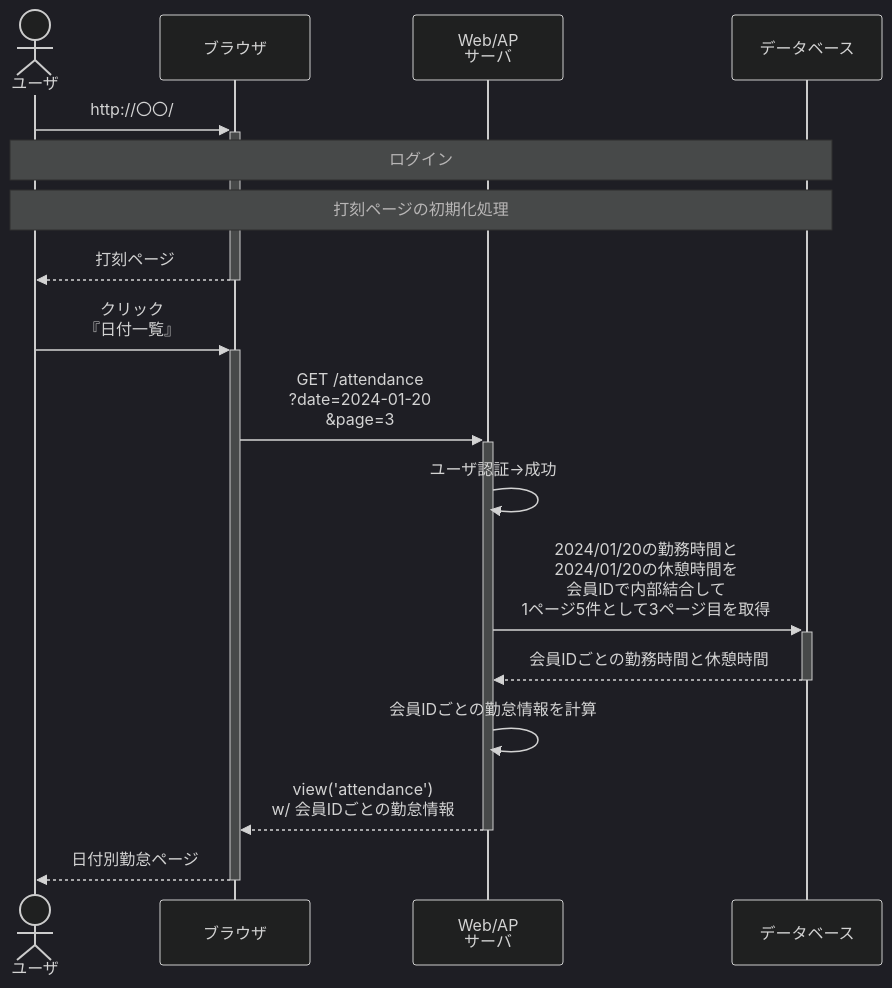
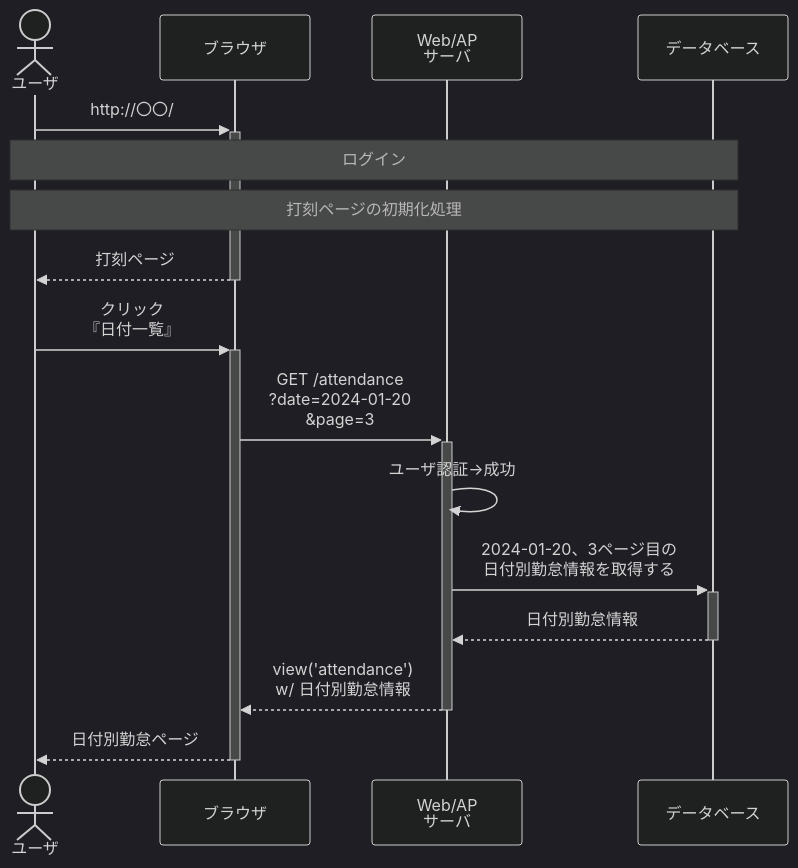
The second of 2 diagrams in doc/シーケンス図/日付別勤怠ページ.md (ryamao/atte), drawn with Mermaid (dark theme) before and after one commit. The commit also changed other lines of this file and 9 other files, not shown here.

Commit message:
doc: シーケンス図を修正

````diff
--- a/doc/シーケンス図/日付別勤怠ページ.md
+++ b/doc/シーケンス図/日付別勤怠ページ.md
@@ -30,21 +29,20 @@
 ```mermaid
 sequenceDiagram
   actor U as ユーザ
   participant B as ブラウザ
   participant A as Web/AP<br>サーバ
   participant D as データベース
 
   U ->>+ B : http://〇〇/
   note over U, D : ログイン
   note over U, D : 打刻ページの初期化処理
   B -->>- U : 打刻ページ
 
   U ->>+ B : クリック<br>『日付一覧』
   B ->>+ A : GET /attendance<br>?date=2024-01-20<br>&page=3
   A ->> A : ユーザ認証→成功
-  A ->>+ D : 2024/01/20の勤務時間と<br>2024/01/20の休憩時間を<br>会員IDで内部結合して<br>1ページ5件として3ページ目を取得
-  D -->>- A : 会員IDごとの勤務時間と休憩時間
-  A ->> A : 会員IDごとの勤怠情報を計算
-  A -->>- B : view('attendance')<br>w/ 会員IDごとの勤怠情報
+  A ->>+ D : 2024-01-20、3ページ目の<br>日付別勤怠情報を取得する
+  D -->>- A : 日付別勤怠情報
+  A -->>- B : view('attendance')<br>w/ 日付別勤怠情報
   B -->>- U : 日付別勤怠ページ
 ```
````
